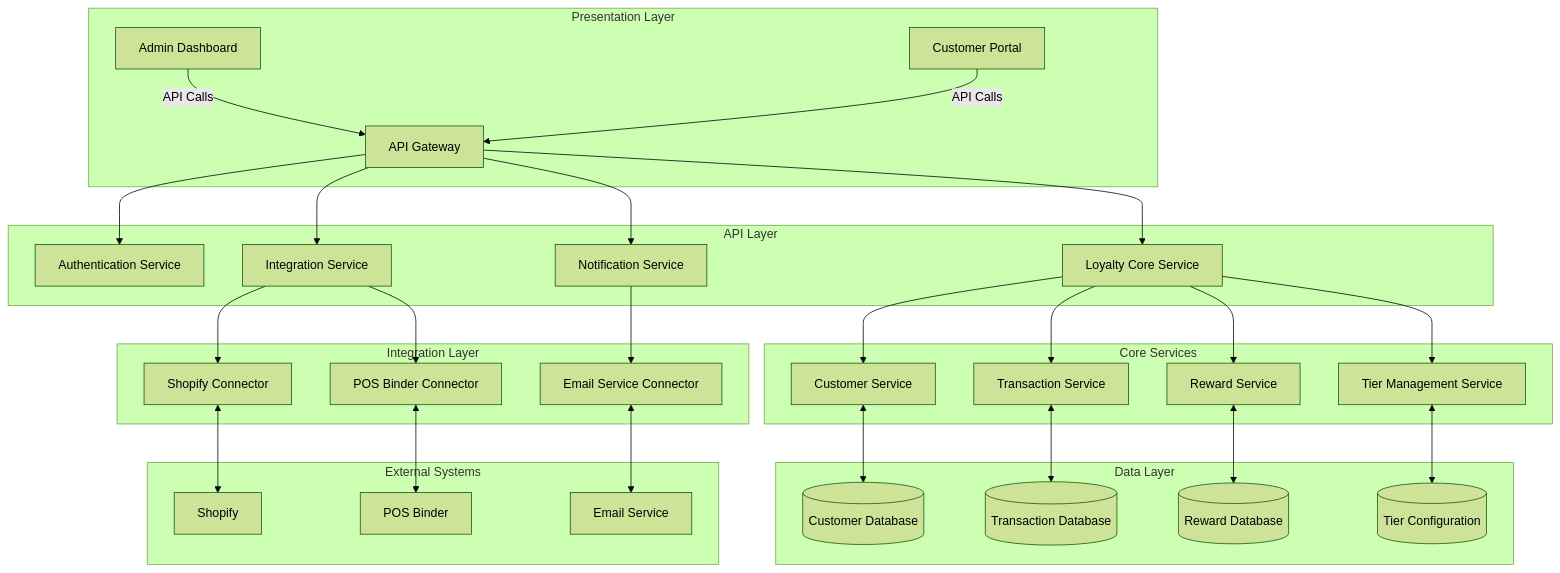
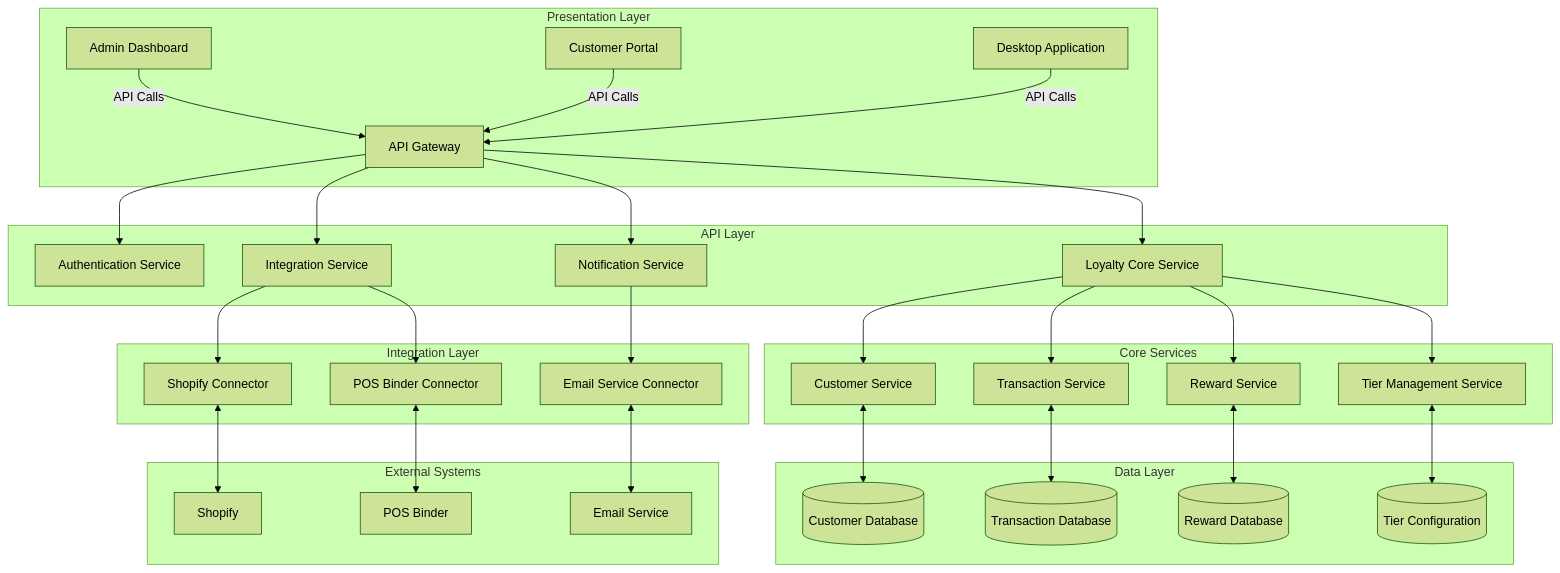
The first of 10 diagrams in memory-bank/systemPatterns.md (CurrentMediaCreative/TKOToyCo-Loyalty-Program), drawn with Mermaid (forest theme) before and after one commit. The commit also changed other lines of this file and 3 other files, not shown here.

Commit message:
Update memory bank files to document desktop application approach

````diff
--- a/memory-bank/systemPatterns.md
+++ b/memory-bank/systemPatterns.md
@@ -11,49 +11,50 @@
 ```mermaid
 flowchart TD
     subgraph "Presentation Layer"
         A[Admin Dashboard] --> |API Calls| D[API Gateway]
         B[Customer Portal] --> |API Calls| D
+        C[Desktop Application] --> |API Calls| D
     end
 
     subgraph "API Layer"
         D --> E[Authentication Service]
         D --> F[Loyalty Core Service]
         D --> G[Integration Service]
         D --> H[Notification Service]
     end
 
     subgraph "Core Services"
         F --> I[Customer Service]
         F --> J[Tier Management Service]
         F --> K[Reward Service]
         F --> L[Transaction Service]
     end
 
     subgraph "Integration Layer"
         G --> M[Shopify Connector]
         G --> N[POS Binder Connector]
         H --> O[Email Service Connector]
     end
 
     subgraph "Data Layer"
         P[(Customer Database)]
         Q[(Transaction Database)]
         R[(Reward Database)]
         S[(Tier Configuration)]
 
         I <--> P
         J <--> S
         K <--> R
         L <--> Q
     end
 
     subgraph "External Systems"
         T[Shopify]
         U[POS Binder]
         V[Email Service]
 
         M <--> T
         N <--> U
         O <--> V
     end
 ```
````
